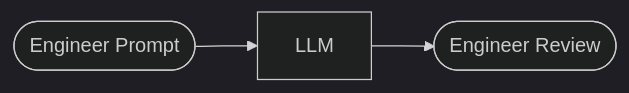
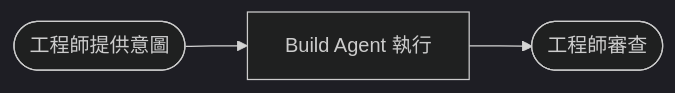
One commit to shaun-agent/agentic-coding-development-toolkit changed the third of 11 diagrams in README.md. Above: the diagram before and after it, drawn with Mermaid (dark theme). The commit also changed other lines of this file and 1 other file, not shown here.

````diff
--- a/README.md
+++ b/README.md
@@ -89,8 +61,8 @@
 ```mermaid
 flowchart LR
-    s02_prompt_human(["Engineer Prompt"])
-    s02_llm_agent["LLM"]
-    s02_review_human(["Engineer Review"])
+    prompt(["工程師提供意圖"])
+    llm["Build Agent 執行"]
+    review(["工程師審查"])
 
-    s02_prompt_human --> s02_llm_agent --> s02_review_human
+    prompt --> llm --> review
 ```
````
